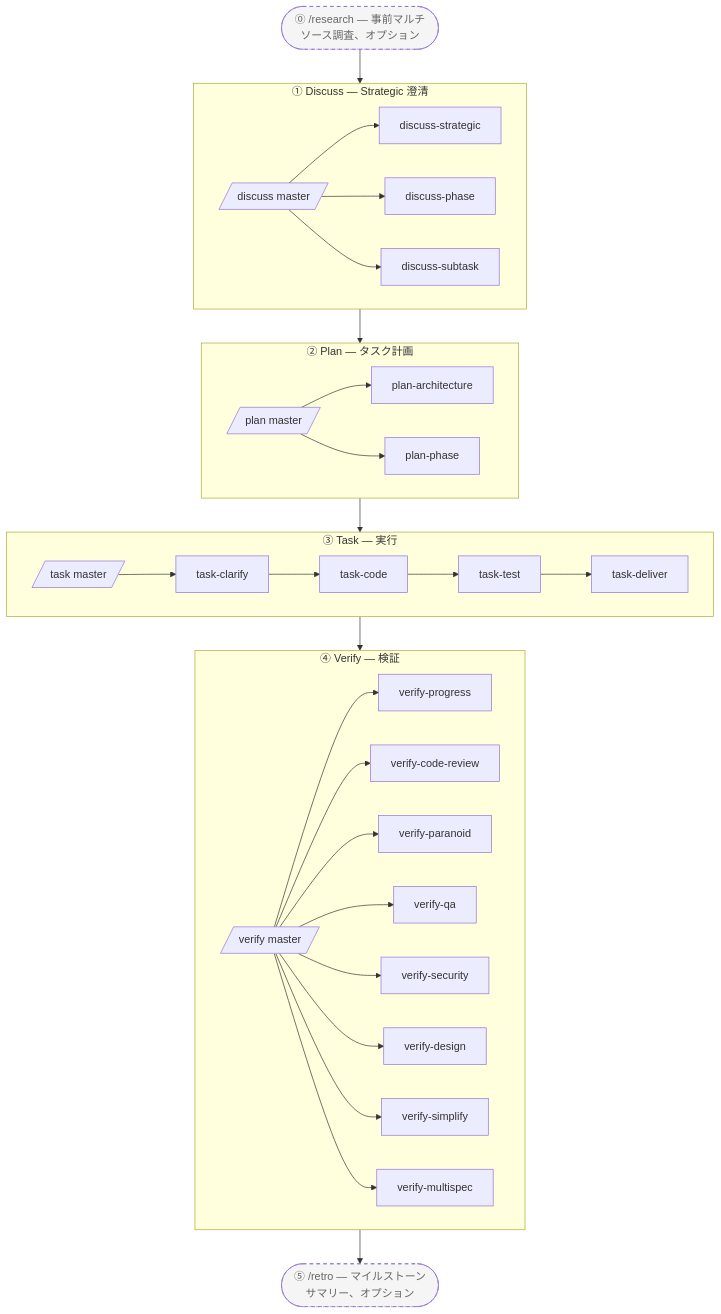
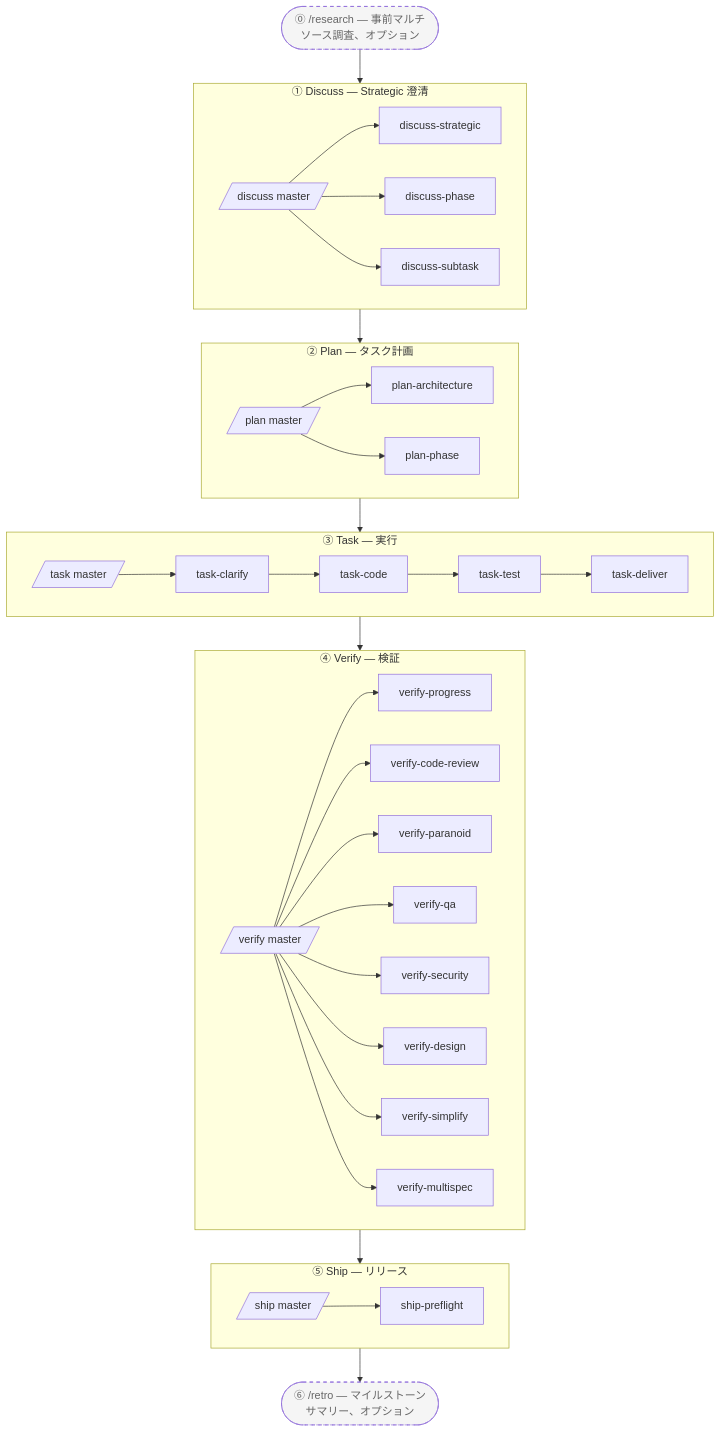
The second of 2 diagrams in README-ja.md (easyinplay/harnessed), drawn with Mermaid before and after one commit. The commit also changed other lines of this file and 9 other files, not shown here.

````diff
--- a/README-ja.md
+++ b/README-ja.md
@@ -111,42 +192,47 @@
 ```mermaid
 graph TD
   RS([⓪ /research — 事前マルチソース調査、オプション]):::optional
   subgraph Discuss[① Discuss — Strategic 澄清]
     DM[/discuss master/]
     DS[discuss-strategic]
     DP[discuss-phase]
     DT[discuss-subtask]
     DM --> DS & DP & DT
   end
   subgraph Plan[② Plan — タスク計画]
     PM[/plan master/]
     PA[plan-architecture]
     PP[plan-phase]
     PM --> PA & PP
   end
   subgraph Task[③ Task — 実行]
     TM[/task master/]
     TC[task-clarify]
     TCo[task-code]
     TT[task-test]
     TD[task-deliver]
     TM --> TC --> TCo --> TT --> TD
   end
   subgraph Verify[④ Verify — 検証]
     VMs[/verify master/]
     VP[verify-progress]
     VC[verify-code-review]
     VPa[verify-paranoid]
     VQ[verify-qa]
     VS[verify-security]
     VD[verify-design]
     VSi[verify-simplify]
     VM[verify-multispec]
     VMs --> VP & VC & VPa & VQ & VS & VD & VSi & VM
   end
-  RT([⑤ /retro — マイルストーンサマリー、オプション]):::optional
+  subgraph Ship[⑤ Ship — リリース]
+    SMs[/ship master/]
+    SP[ship-preflight]
+    SMs --> SP
+  end
+  RT([⑥ /retro — マイルストーンサマリー、オプション]):::optional
   RS --> Discuss
-  Discuss --> Plan --> Task --> Verify
-  Verify --> RT
+  Discuss --> Plan --> Task --> Verify --> Ship
+  Ship --> RT
   classDef optional stroke-dasharray:5 5,fill:#f5f5f5,color:#666
 ```
````
